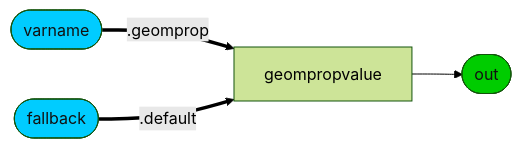
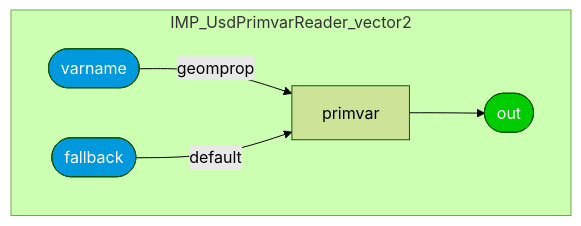
One commit to kwokcb/MaterialX_Learn changed diagram 19 of 36 in documents/definitions/bxdf_doc.md. Above: the diagram before and after it, drawn with Mermaid (forest theme). The commit also changed other lines of this file and 1015 other files, not shown here.

````diff
--- a/documents/definitions/bxdf_doc.md
+++ b/documents/definitions/bxdf_doc.md
@@ -1923,10 +2434,15 @@
 ```mermaid
-graph LR; 
-    IMP_UsdPrimvarReader_vector2_primvar[geompropvalue] --> IMP_UsdPrimvarReader_vector2_out([out])
-    style IMP_UsdPrimvarReader_vector2_out fill:#0C0, color:#111
-    IMP_UsdPrimvarReader_vector2_varnameINT([varname]) ==.geomprop==> IMP_UsdPrimvarReader_vector2_primvar[geompropvalue]
-    style IMP_UsdPrimvarReader_vector2_varnameINT fill:#0CF, color:#111
-    IMP_UsdPrimvarReader_vector2_fallbackINT([fallback]) ==.default==> IMP_UsdPrimvarReader_vector2_primvar[geompropvalue]
-    style IMP_UsdPrimvarReader_vector2_fallbackINT fill:#0CF, color:#111
-
+graph TB
+    subgraph IMP_UsdPrimvarReader_vector2
+    IMP_UsdPrimvarReader_vector2_primvar[primvar]
+    style IMP_UsdPrimvarReader_vector2_out  fill:#0C0, color:#FFF
+    IMP_UsdPrimvarReader_vector2_out([out])
+    style IMP_UsdPrimvarReader_vector2_varname  fill:#09D, color:#FFF
+    IMP_UsdPrimvarReader_vector2_varname([varname])
+    style IMP_UsdPrimvarReader_vector2_fallback  fill:#09D, color:#FFF
+    IMP_UsdPrimvarReader_vector2_fallback([fallback])
+    end
+    IMP_UsdPrimvarReader_vector2_varname --"geomprop"--> IMP_UsdPrimvarReader_vector2_primvar
+    IMP_UsdPrimvarReader_vector2_fallback --"default"--> IMP_UsdPrimvarReader_vector2_primvar
+    IMP_UsdPrimvarReader_vector2_primvar --> IMP_UsdPrimvarReader_vector2_out
 ```
````
